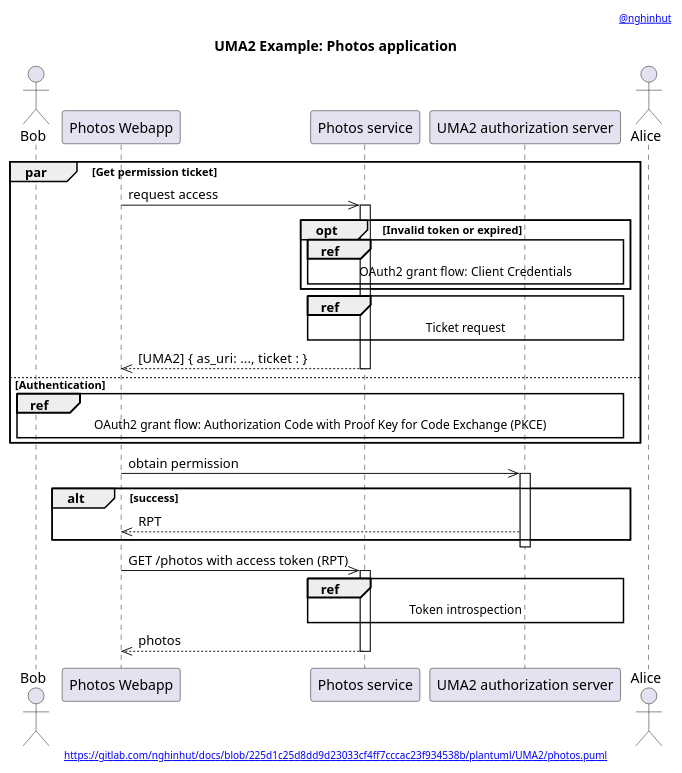
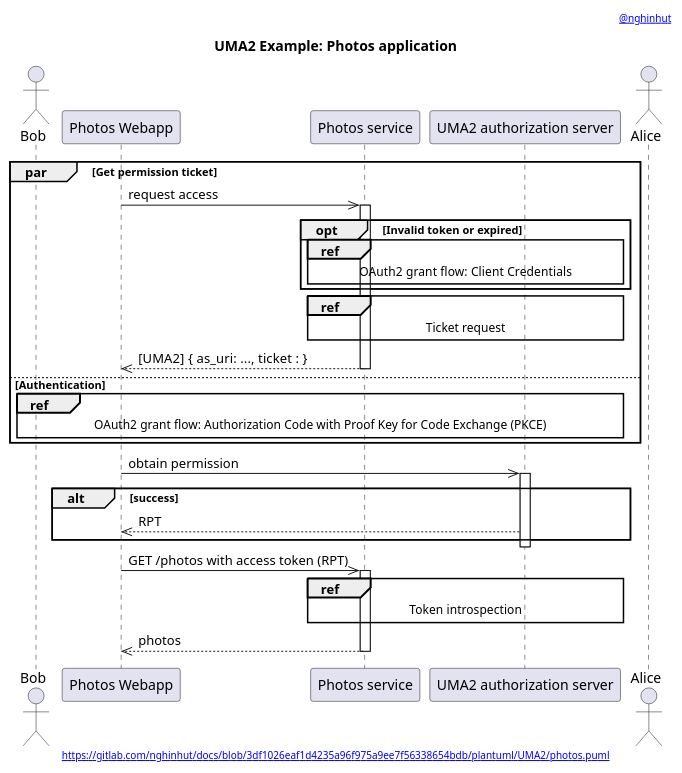
Before and after one commit to nghinhut/docs: the diagram in plantuml/UMA2/photos.apps.puml, drawn with PlantUML. The commit also changed 24 other files, not shown here.

Commit message:
docs(plantuml): update header

```diff
--- a/plantuml/UMA2/photos.apps.puml
+++ b/plantuml/UMA2/photos.apps.puml
@@ -1,43 +1,43 @@
 @startuml
 '-----START auto generated metadata please keep comment here to allow auto update-----
 '-----DON'T EDIT THIS SECTION, INSTEAD RE-RUN prebuild.sh TO UPDATE-----
-header [[https://www.nghinhut.dev?from=http%5C%3A%5C%2F%5C%2Fwww%5C.plantuml%5C.com%5C%2Fplantuml%5C%2Fproxy%3Ffmt%3Dsvg%5C%26src%3Dhttps%5C%3A%5C%2F%5C%2Fgitlab%5C.com%5C%2Fnghinhut%5C%2Fdocs%5C%2Fraw%5C%2F225d1c25d8dd9d23033cf4ff7cccac23f934538b%5C%2Fplantuml%5C%2FUMA2%5C%2Fphotos%5C.puml%0A @nghinhut]]
-footer [[http://www.plantuml.com/plantuml/proxy?fmt=svg&src=https://gitlab.com/nghinhut/docs/raw/225d1c25d8dd9d23033cf4ff7cccac23f934538b/plantuml/UMA2/photos.puml https://gitlab.com/nghinhut/docs/blob/225d1c25d8dd9d23033cf4ff7cccac23f934538b/plantuml/UMA2/photos.puml]]
+header [[https://www.nghinhut.dev?from=http%5C%3A%5C%2F%5C%2Fwww%5C.plantuml%5C.com%5C%2Fplantuml%5C%2Fproxy%3Ffmt%3Dsvg%5C%26src%3Dhttps%5C%3A%5C%2F%5C%2Fgitlab%5C.com%5C%2Fnghinhut%5C%2Fdocs%5C%2Fraw%5C%2F3df1026eaf1d4235a96f975a9ee7f56338654bdb%5C%2Fplantuml%5C%2FUMA2%5C%2Fphotos%5C.puml%0A @nghinhut]]
+footer [[http://www.plantuml.com/plantuml/proxy?fmt=svg&src=https://gitlab.com/nghinhut/docs/raw/3df1026eaf1d4235a96f975a9ee7f56338654bdb/plantuml/UMA2/photos.puml https://gitlab.com/nghinhut/docs/blob/3df1026eaf1d4235a96f975a9ee7f56338654bdb/plantuml/UMA2/photos.puml]]
 '-----END auto generated metadata please keep comment here to allow auto update-----
 title UMA2 Example: Photos application
 
 actor "Bob" as rp
 participant "Photos Webapp" as client
 participant "Photos service" as rs
 participant "UMA2 authorization server" as as
 actor "Alice" as ro
 
 par Get permission ticket
     client ->> rs : request access
     activate rs
 
     opt Invalid token or expired
         ref over rs, as : OAuth2 grant flow: Client  Credentials
     end
 
     ref over rs, as : Ticket request
 
     client <<-- rs : [UMA2] { as_uri: ...,  ticket : }
     deactivate rs
 else Authentication
     ref over rp, as : OAuth2 grant flow: Authorization Code with Proof Key for Code Exchange (PKCE)
 end
 
 client ->> as : obtain permission
 activate as
 alt success
 client <<-- as : RPT
 end
 deactivate as
 
 client ->> rs : GET /photos with access token (RPT)
 activate rs
 ref over rs, as : Token introspection
 client <<-- rs : photos
 deactivate rs
 @enduml
```
